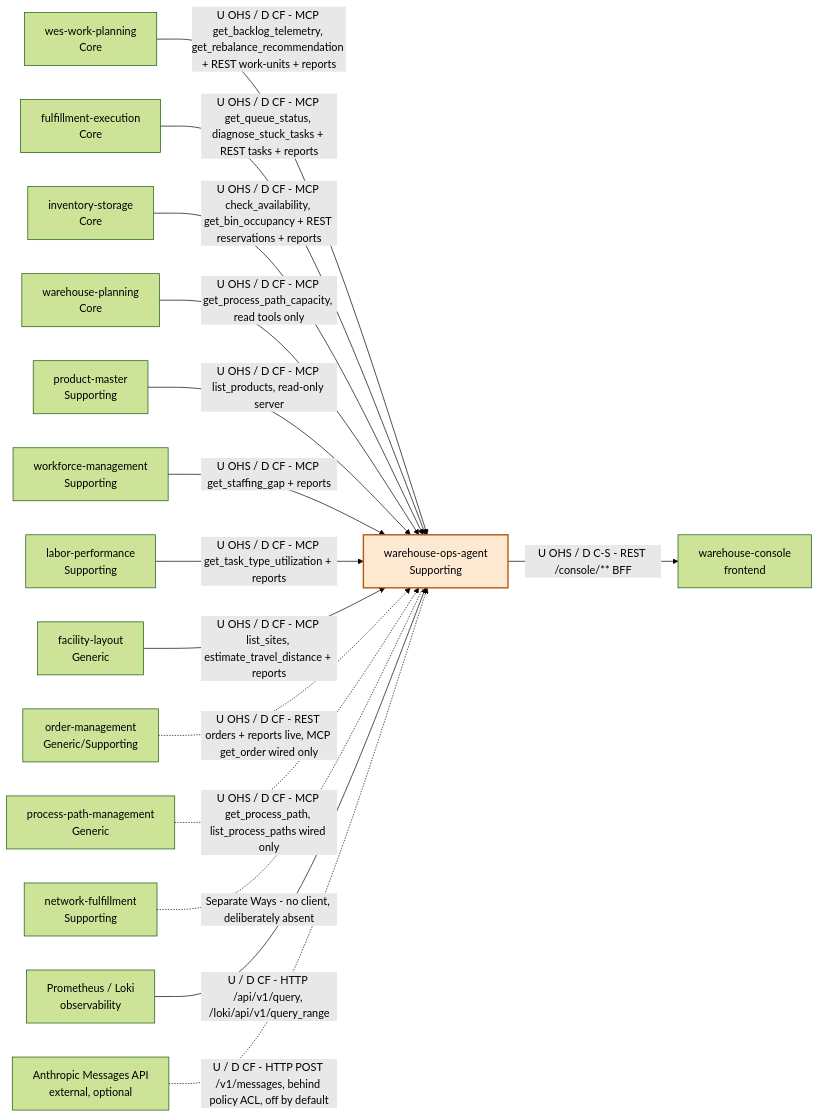
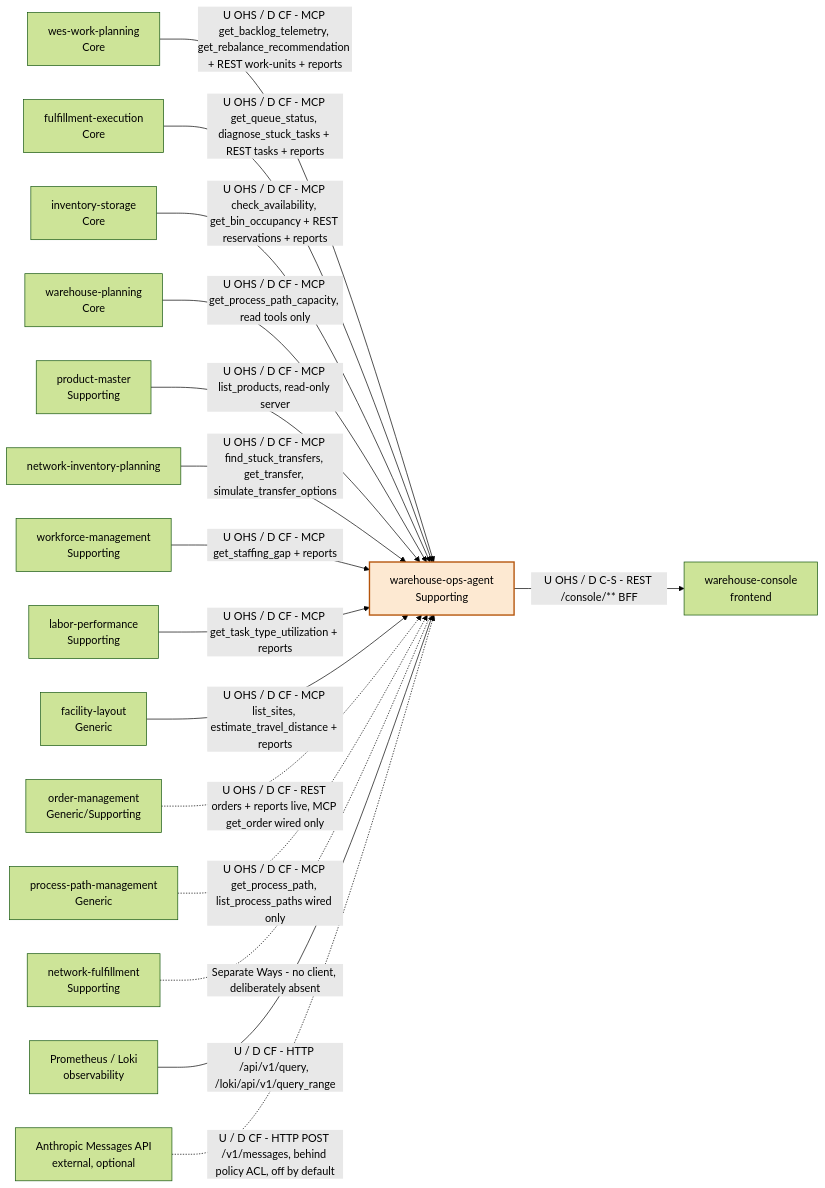
Before and after one commit to IQVO/warehouse-ops-agent: the diagram in docs/docs/ecosystem/context-map.md, drawn with Mermaid (forest theme). The commit also changed other lines of this file and 3 other files, not shown here.

Commit message:
docs: product-master MCP client is switched on in the kind cluster; runtime-signals default list named (product-master not in it); client count is eleven (network-inventory-planning ADR 0019 listed, transfer-watch routes and tools documented)

````diff
--- a/docs/docs/ecosystem/context-map.md
+++ b/docs/docs/ecosystem/context-map.md
@@ -52,35 +55,37 @@
 ```mermaid
 flowchart LR
     WOA["warehouse-ops-agent<br/>Supporting"]
     WP["wes-work-planning<br/>Core"]
     FE["fulfillment-execution<br/>Core"]
     IS["inventory-storage<br/>Core"]
     WPL["warehouse-planning<br/>Core"]
     PM["product-master<br/>Supporting"]
     WM["workforce-management<br/>Supporting"]
     LP["labor-performance<br/>Supporting"]
     FL["facility-layout<br/>Generic"]
     OM["order-management<br/>Generic/Supporting"]
     PPM["process-path-management<br/>Generic"]
     NF["network-fulfillment<br/>Supporting"]
+    NIP["network-inventory-planning"]
     WC["warehouse-console<br/>frontend"]
     OBS["Prometheus / Loki<br/>observability"]
     LLM["Anthropic Messages API<br/>external, optional"]
 
     WP -->|"U OHS / D CF - MCP get_backlog_telemetry, get_rebalance_recommendation + REST work-units + reports"| WOA
     FE -->|"U OHS / D CF - MCP get_queue_status, diagnose_stuck_tasks + REST tasks + reports"| WOA
     IS -->|"U OHS / D CF - MCP check_availability, get_bin_occupancy + REST reservations + reports"| WOA
     WPL -->|"U OHS / D CF - MCP get_process_path_capacity, read tools only"| WOA
     PM -->|"U OHS / D CF - MCP list_products, read-only server"| WOA
+    NIP -->|"U OHS / D CF - MCP find_stuck_transfers, get_transfer, simulate_transfer_options"| WOA
     WM -->|"U OHS / D CF - MCP get_staffing_gap + reports"| WOA
     LP -->|"U OHS / D CF - MCP get_task_type_utilization + reports"| WOA
     FL -->|"U OHS / D CF - MCP list_sites, estimate_travel_distance + reports"| WOA
     OM -.->|"U OHS / D CF - REST orders + reports live, MCP get_order wired only"| WOA
     PPM -.->|"U OHS / D CF - MCP get_process_path, list_process_paths wired only"| WOA
     NF -.-|"Separate Ways - no client, deliberately absent"| WOA
     WOA -->|"U OHS / D C-S - REST /console/** BFF"| WC
     OBS -->|"U / D CF - HTTP /api/v1/query, /loki/api/v1/query_range"| WOA
     LLM -.->|"U / D CF - HTTP POST /v1/messages, behind policy ACL, off by default"| WOA
 
     style WOA fill:#fde9d2,stroke:#b45309,stroke-width:2px
 ```
````
